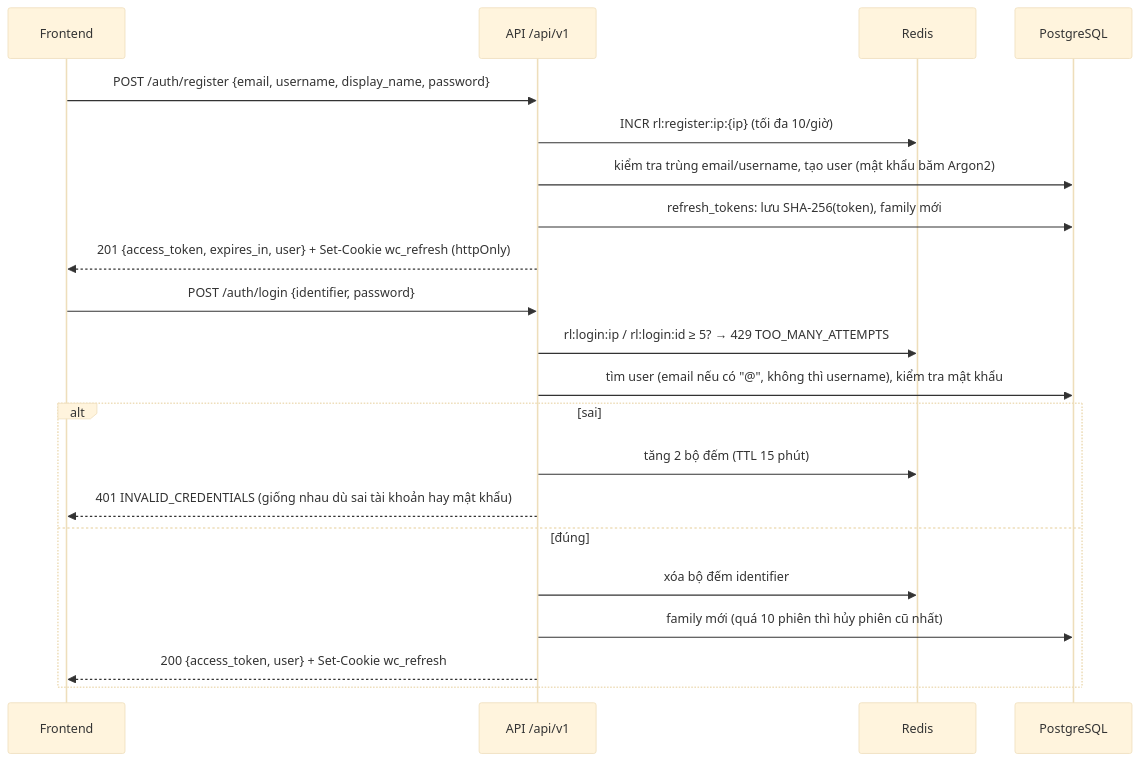
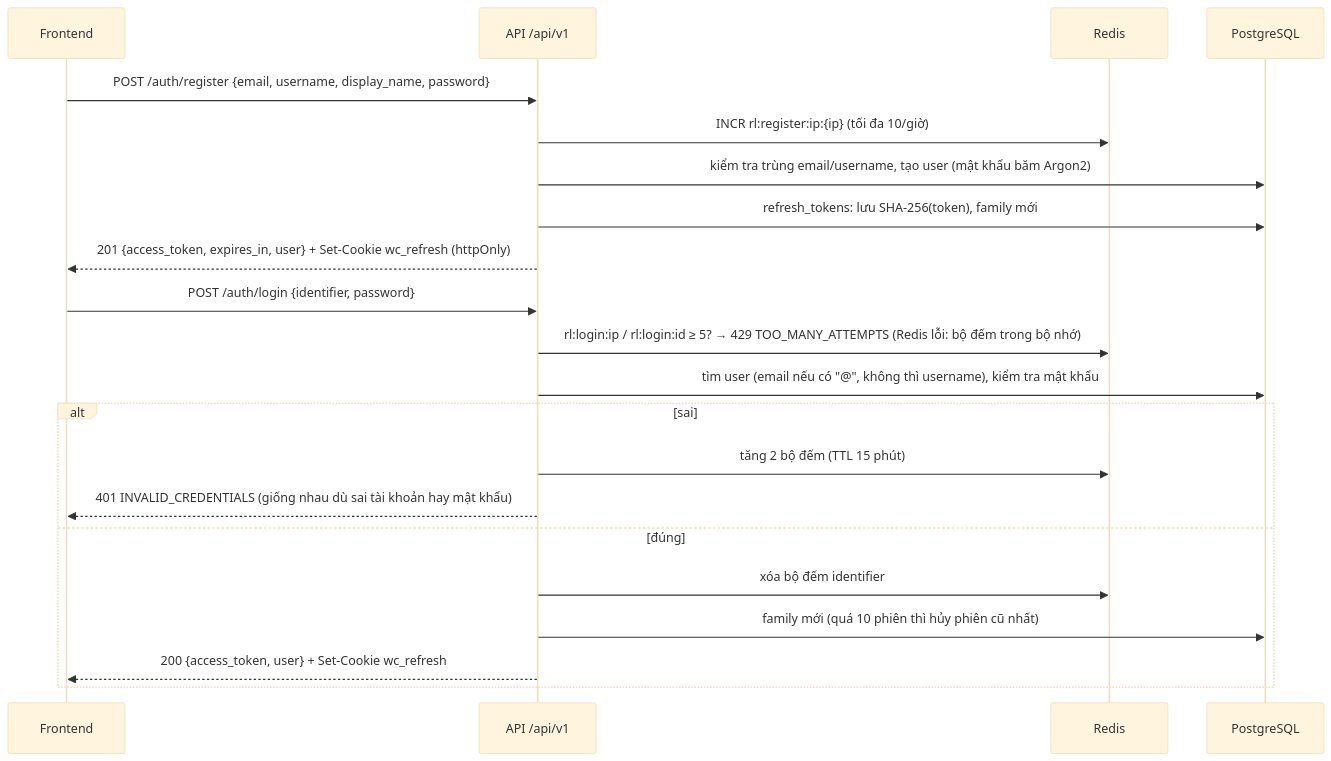
The first of 2 diagrams in docs/auth.md (thiennnhannguyen/wordcash), drawn with Mermaid (base theme) before and after one commit. The commit also changed other lines of this file and 3 other files, not shown here.

First line of the commit message:
feat(auth): bộ đếm dự phòng trong bộ nhớ khi Redis hỏng

````diff
--- a/docs/auth.md
+++ b/docs/auth.md
@@ -20,23 +20,23 @@
 ```mermaid
 sequenceDiagram
     participant FE as Frontend
     participant API as API /api/v1
     participant R as Redis
     participant DB as PostgreSQL
     FE->>API: POST /auth/register {email, username, display_name, password}
     API->>R: INCR rl:register:ip:{ip} (tối đa 10/giờ)
     API->>DB: kiểm tra trùng email/username, tạo user (mật khẩu băm Argon2)
     API->>DB: refresh_tokens: lưu SHA-256(token), family mới
     API-->>FE: 201 {access_token, expires_in, user} + Set-Cookie wc_refresh (httpOnly)
     FE->>API: POST /auth/login {identifier, password}
-    API->>R: rl:login:ip / rl:login:id ≥ 5? → 429 TOO_MANY_ATTEMPTS
+    API->>R: rl:login:ip / rl:login:id ≥ 5? → 429 TOO_MANY_ATTEMPTS (Redis lỗi: bộ đếm trong bộ nhớ)
     API->>DB: tìm user (email nếu có "@", không thì username), kiểm tra mật khẩu
     alt sai
         API->>R: tăng 2 bộ đếm (TTL 15 phút)
         API-->>FE: 401 INVALID_CREDENTIALS (giống nhau dù sai tài khoản hay mật khẩu)
     else đúng
         API->>R: xóa bộ đếm identifier
         API->>DB: family mới (quá 10 phiên thì hủy phiên cũ nhất)
         API-->>FE: 200 {access_token, user} + Set-Cookie wc_refresh
     end
 ```
````
